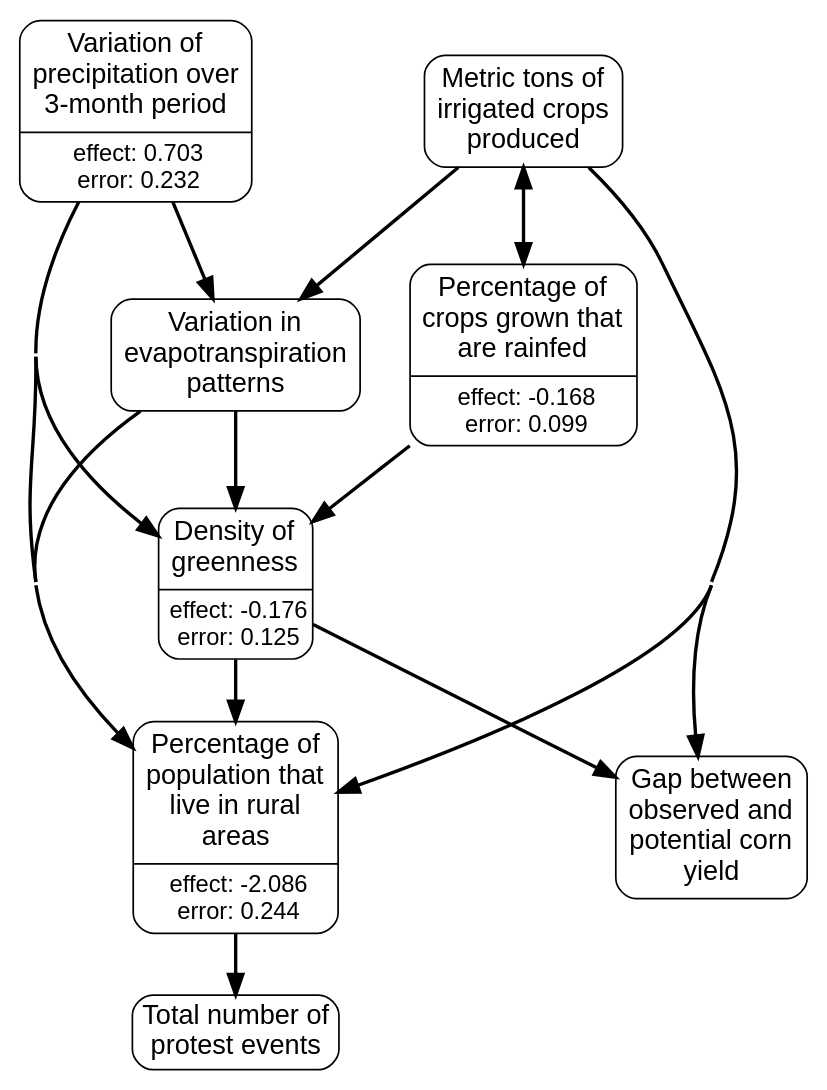
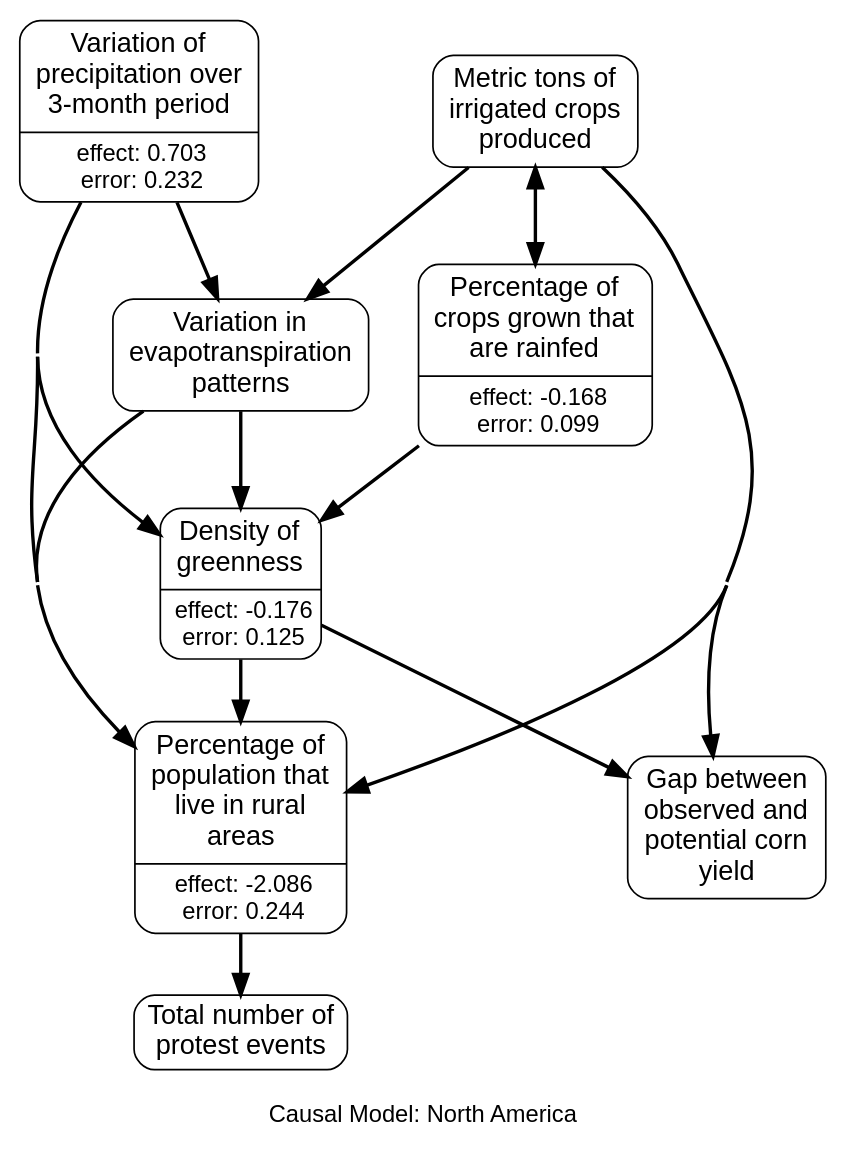
The diagram in app/javascript/images/regions/causal_graphs/north_america.gv (wri/wri-wpsi), drawn with Graphviz before and after one commit. The commit also changed 16 other files, not shown here.

```diff
--- a/app/javascript/images/regions/causal_graphs/north_america.gv
+++ b/app/javascript/images/regions/causal_graphs/north_america.gv
@@ -1,63 +1,67 @@
 # generated file for region: north_america by CausalModelRegionGenerator
 strict digraph causalModel {
+fontname="Helvetica, Arial, sans-serif";
+label="
+Causal Model: North America";
+labelloc = b;
 nodesep = 0.4;
 concentrate = true;
-node[shape = Mrecord, fontname = "Helvetica, Arial, sans-serif", margin = "0.07,0.05", penwidth = 1.0];
+node[shape = Mrecord, fontname = "Helvetica, Arial, sans-serif", margin = "0.10,0.06", penwidth = 1.0];
 edge[arrowsize = 1.2, penwidth = 2];
 
 # nodes
 rurratio_s [label = <{<table align="center" border="0" cellspacing="1" cellpadding="1">
 <tr><td><font point-size="16">Percentage of<br/>population that<br/>live in rural<br/>areas<br/></font></td></tr>
 </table>
 |<table border="0" cellspacing="1" cellpadding="0.5"><tr><td><font point-size="14">effect: -2.086</font></td></tr>
 <tr><td><font point-size="14">error: 0.244</font></td></tr></table>}>, class = rankB];
 et_anom_m_STD_m [label = <<table align="center" border="0" cellspacing="1" cellpadding="1">
 <tr><td><font point-size="16">Variation in<br/>evapotranspiration<br/>patterns<br/></font></td></tr>
 </table>
 >, class = rankB];
 ndvi_act_min_m [label = <{<table align="center" border="0" cellspacing="1" cellpadding="1">
 <tr><td><font point-size="16">Density of<br/>greenness<br/></font></td></tr>
 </table>
 |<table border="0" cellspacing="1" cellpadding="0.5"><tr><td><font point-size="14">effect: -0.176</font></td></tr>
 <tr><td><font point-size="14">error: 0.125</font></td></tr></table>}>, class = rankB];
 spi_3_m [label = <{<table align="center" border="0" cellspacing="1" cellpadding="1">
 <tr><td><font point-size="16">Variation of<br/>precipitation over<br/>3-month period<br/></font></td></tr>
 </table>
 |<table border="0" cellspacing="1" cellpadding="0.5"><tr><td><font point-size="14">effect: 0.703</font></td></tr>
 <tr><td><font point-size="14">error: 0.232</font></td></tr></table>}>, class = rankA];
 rainfed_s [label = <{<table align="center" border="0" cellspacing="1" cellpadding="1">
 <tr><td><font point-size="16">Percentage of<br/>crops grown that<br/>are rainfed<br/></font></td></tr>
 </table>
 |<table border="0" cellspacing="1" cellpadding="0.5"><tr><td><font point-size="14">effect: -0.168</font></td></tr>
 <tr><td><font point-size="14">error: 0.099</font></td></tr></table>}>, class = rankB];
 spam_P_i_sum_s [label = <<table align="center" border="0" cellspacing="1" cellpadding="1">
 <tr><td><font point-size="16">Metric tons of<br/>irrigated crops<br/>produced<br/></font></td></tr>
 </table>
 >, class = rankB];
 yield_gap_maize_s [label = <<table align="center" border="0" cellspacing="1" cellpadding="1">
 <tr><td><font point-size="16">Gap between<br/>observed and<br/>potential corn<br/>yield<br/></font></td></tr>
 </table>
 >, class = rankB];
 acl_pprt_evnt_m [label = "Total number of
 protest events", class = rankC, shape=box, style=rounded, fontsize="16pt"];
 
 #ranks
 
 
 # links
 rurratio_s -> acl_pprt_evnt_m;
 et_anom_m_STD_m -> rurratio_s;
 et_anom_m_STD_m -> ndvi_act_min_m;
 ndvi_act_min_m -> rurratio_s;
 ndvi_act_min_m -> yield_gap_maize_s;
 spi_3_m -> rurratio_s;
 spi_3_m -> et_anom_m_STD_m;
 spi_3_m -> ndvi_act_min_m;
 rainfed_s -> ndvi_act_min_m;
 rainfed_s -> spam_P_i_sum_s;
 spam_P_i_sum_s -> rurratio_s;
 spam_P_i_sum_s -> et_anom_m_STD_m;
 spam_P_i_sum_s -> rainfed_s;
 spam_P_i_sum_s -> yield_gap_maize_s;
 
 }
```
